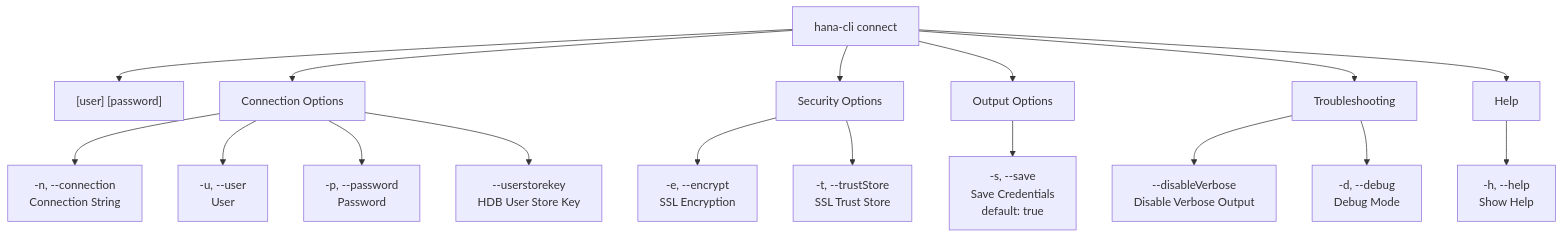
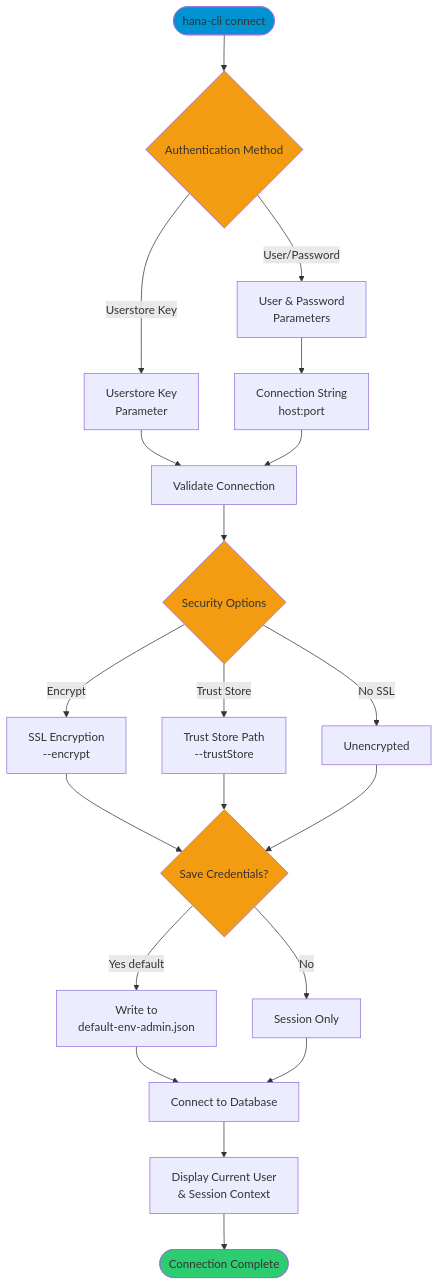
One commit to SAP-samples/hana-developer-cli-tool-example changed the diagram in docs/02-commands/connection-auth/connect.md. Above: the diagram before and after it, drawn with Mermaid. The commit also changed other lines of this file and 6 other files, not shown here.

Commit message:
feat: enhance documentation for connection authentication commands with improved clarity and structure

````diff
--- a/docs/02-commands/connection-auth/connect.md
+++ b/docs/02-commands/connection-auth/connect.md
@@ -24,24 +24,35 @@
 ```mermaid
 graph TD
-    A["hana-cli connect"] --> B["[user] [password]"]
-    A --> C["Connection Options"]
-    A --> D["Security Options"]
-    A --> E["Output Options"]
+    Start([hana-cli connect]) --> Input{Authentication Method}
     
-    C --> C1["-n, --connection<br/>Connection String"]
-    C --> C2["-u, --user<br/>User"]
-    C --> C3["-p, --password<br/>Password"]
-    C --> C4["--userstorekey<br/>HDB User Store Key"]
+    Input -->|User/Password| Creds[User & Password<br/>Parameters]
+    Input -->|Userstore Key| UK[Userstore Key<br/>Parameter]
     
-    D --> D1["-e, --encrypt<br/>SSL Encryption"]
-    D --> D2["-t, --trustStore<br/>SSL Trust Store"]
+    Creds --> ConnStr[Connection String<br/>host:port]
+    UK --> Process[Validate Connection]
+    ConnStr --> Process
     
-    E --> E1["-s, --save<br/>Save Credentials<br/>default: true"]
+    Process --> Options{Security Options}
+    Options -->|Encrypt| SSL[SSL Encryption<br/>--encrypt]
+    Options -->|Trust Store| Trust[Trust Store Path<br/>--trustStore]
+    Options -->|No SSL| NoSSL[Unencrypted]
     
-    A --> F["Troubleshooting"]
-    F --> F1["--disableVerbose<br/>Disable Verbose Output"]
-    F --> F2["-d, --debug<br/>Debug Mode"]
+    SSL --> Save{Save Credentials?}
+    Trust --> Save
+    NoSSL --> Save
     
-    A --> G["Help"]
-    G --> G1["-h, --help<br/>Show Help"]
+    Save -->|Yes default| SaveFile[Write to<br/>default-env-admin.json]
+    Save -->|No| NoSave[Session Only]
+    
+    SaveFile --> Connect[Connect to Database]
+    NoSave --> Connect
+    
+    Connect --> Output[Display Current User<br/>& Session Context]
+    Output --> Complete([Connection Complete])
+    
+    style Start fill:#0092d1
+    style Complete fill:#2ecc71
+    style Input fill:#f39c12
+    style Options fill:#f39c12
+    style Save fill:#f39c12
 ```
````
